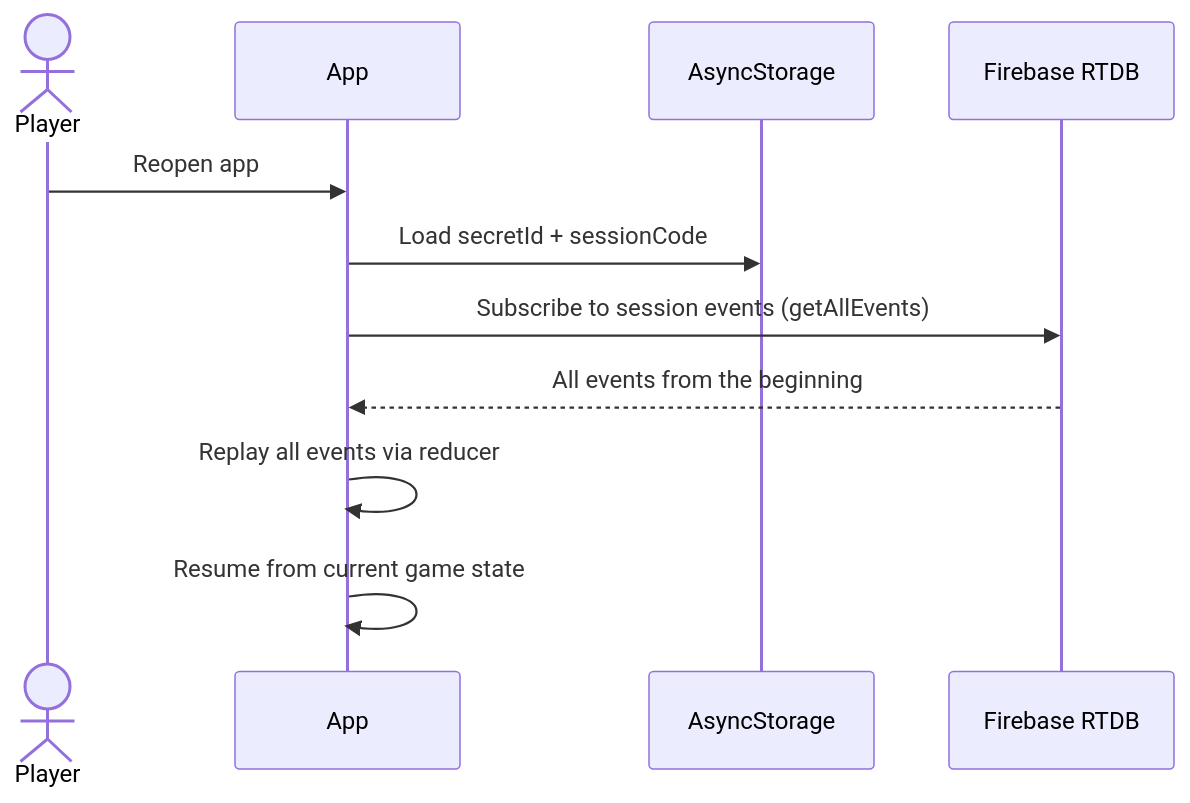
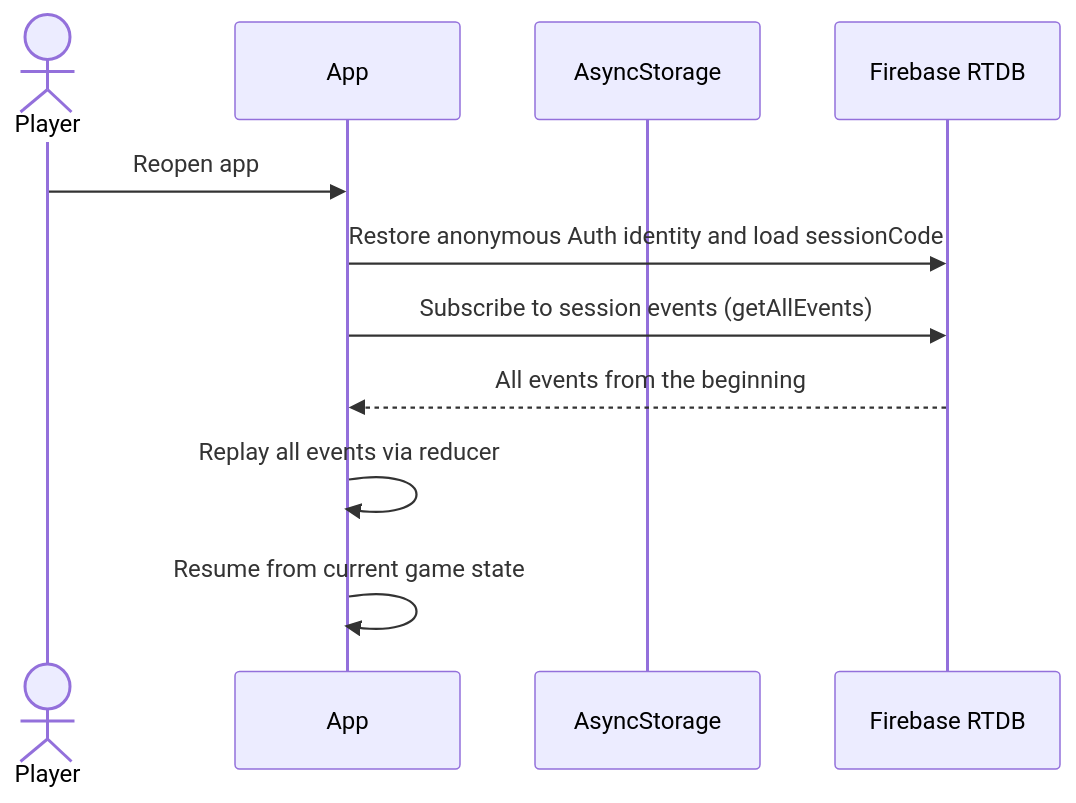
One commit to deglerj/dabb changed the fifth of 6 diagrams in docs/arc42/06-runtime-view.md. Above: the diagram before and after it, drawn with Mermaid. The commit also changed other lines of this file and 21 other files, not shown here.

````diff
--- a/docs/arc42/06-runtime-view.md
+++ b/docs/arc42/06-runtime-view.md
@@ -139,14 +139,14 @@
 ```mermaid
 sequenceDiagram
     actor player as Player
     participant app as App
     participant storage as AsyncStorage
     participant firebase as Firebase RTDB
 
     player->>app: Reopen app
-    app->>storage: Load secretId + sessionCode
+    app->>firebase: Restore anonymous Auth identity and load sessionCode
     app->>firebase: Subscribe to session events (getAllEvents)
     firebase-->>app: All events from the beginning
     app->>app: Replay all events via reducer
     app->>app: Resume from current game state
 ```
````
